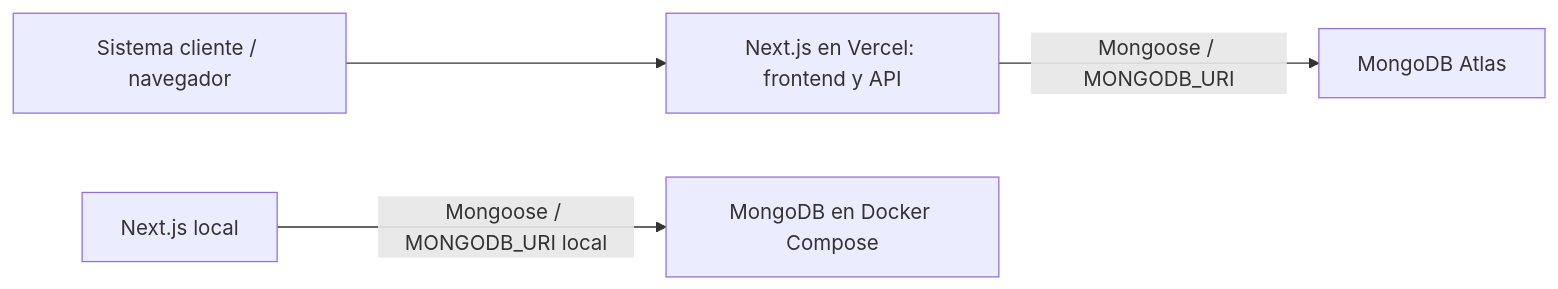
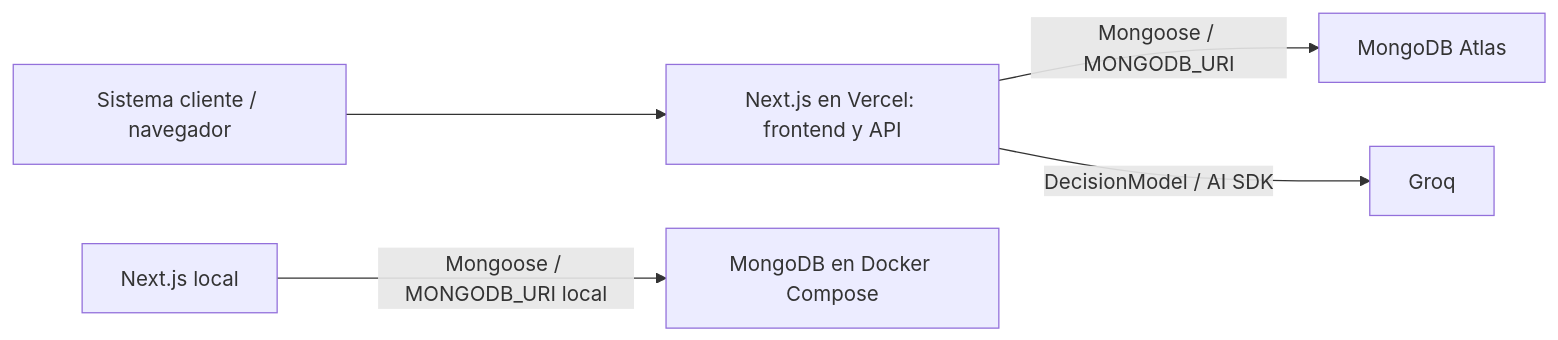
One commit to mateodiazvaldez/fraudlens-dev changed the first of 2 diagrams in docs/architecture.md. Above: the diagram before and after it, drawn with Mermaid. The commit also changed other lines of this file and 19 other files, not shown here.

````diff
--- a/docs/architecture.md
+++ b/docs/architecture.md
@@ -7,6 +7,7 @@
 ```mermaid
 flowchart LR
     Client[Sistema cliente / navegador] --> Next[Next.js en Vercel: frontend y API]
     Next -->|Mongoose / MONGODB_URI| Atlas[MongoDB Atlas]
+    Next -->|DecisionModel / AI SDK| Groq[Groq]
     Local[Next.js local] -->|Mongoose / MONGODB_URI local| Compose[MongoDB en Docker Compose]
 ```
````
